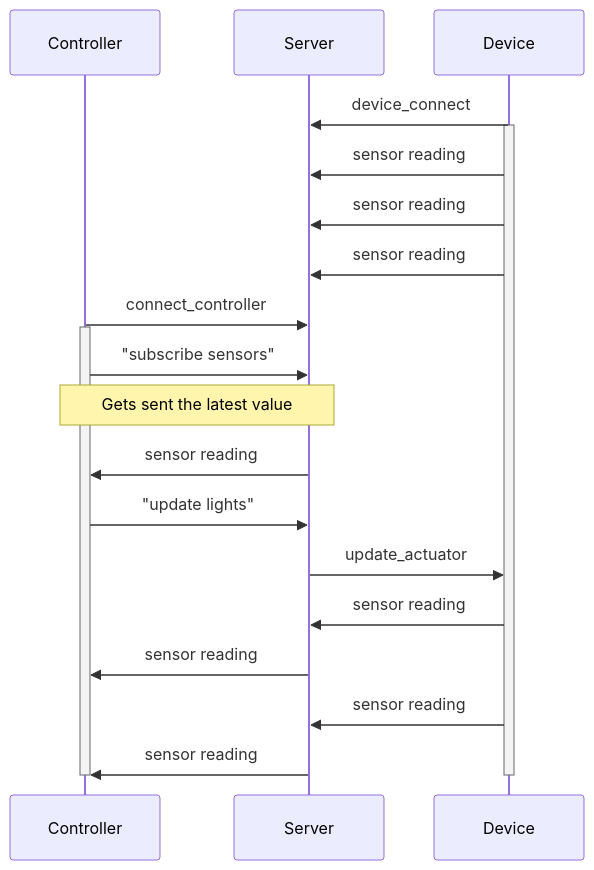
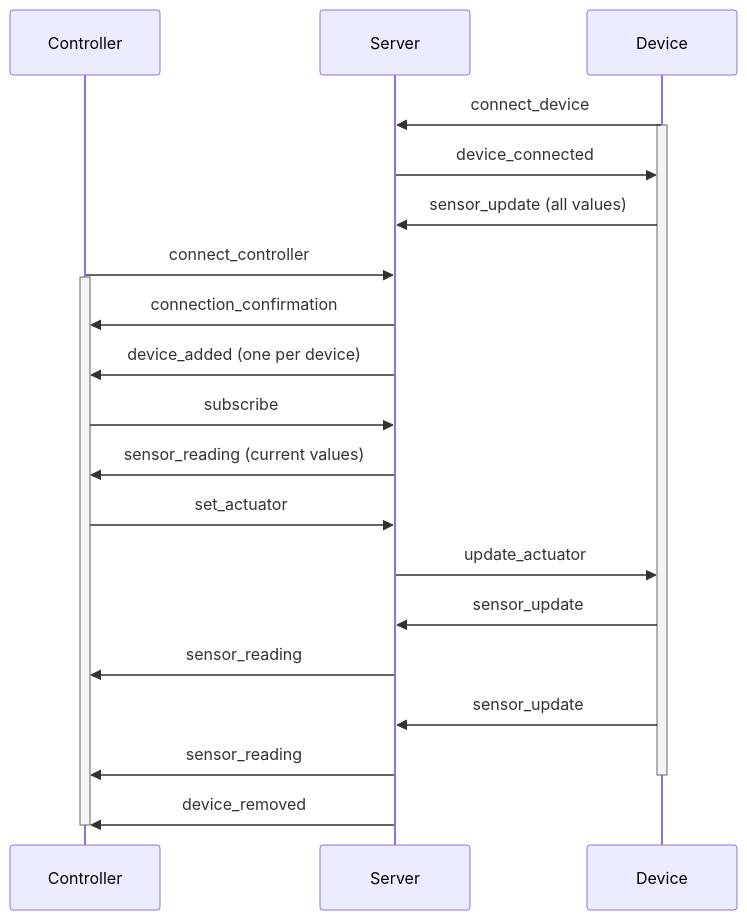
One commit to Vivax-School-Ntnu/IDATA2034-exam changed the second of 6 diagrams in docs/protocol.md. Above: the diagram before and after it, drawn with Mermaid. The commit also changed other lines of this file and 3 other files, not shown here.

````diff
--- a/docs/protocol.md
+++ b/docs/protocol.md
@@ -56,27 +56,29 @@
 ```mermaid
 sequenceDiagram
     participant Controller
     participant Server
     participant Device
 
-    Device ->> Server : device_connect
+    Device ->> Server : connect_device
     activate Device
-    Device ->> Server : sensor reading
-    Device ->> Server : sensor reading
-    Device ->> Server : sensor reading
+    Server ->> Device : device_connected
+    Device ->> Server : sensor_update (all values)
 
     Controller ->> Server : connect_controller
     activate Controller
-    Controller ->> Server : "subscribe sensors"
-    note over Controller,Server: Gets sent the latest value
-    Server ->> Controller : sensor reading
-    Controller ->> Server : "update lights"
+    Server ->> Controller : connection_confirmation
+    Server ->> Controller : device_added (one per device)
+    Controller ->> Server : subscribe
+    Server ->> Controller : sensor_reading (current values)
+
+    Controller ->> Server : set_actuator
     Server ->> Device : update_actuator
+    Device ->> Server : sensor_update
+    Server ->> Controller : sensor_reading
 
-    Device ->> Server : sensor reading
-    Server ->> Controller : sensor reading
-    Device ->> Server : sensor reading
-    Server ->> Controller : sensor reading
+    Device ->> Server : sensor_update
+    Server ->> Controller : sensor_reading
     deactivate Device
+    Server ->> Controller : device_removed
     deactivate Controller
 ```
````
